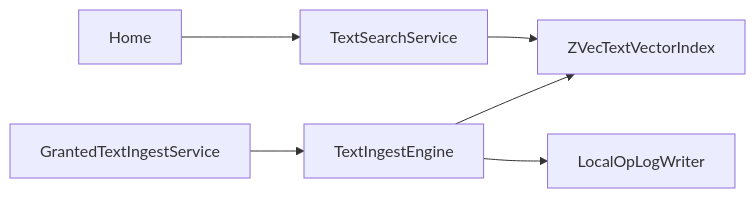
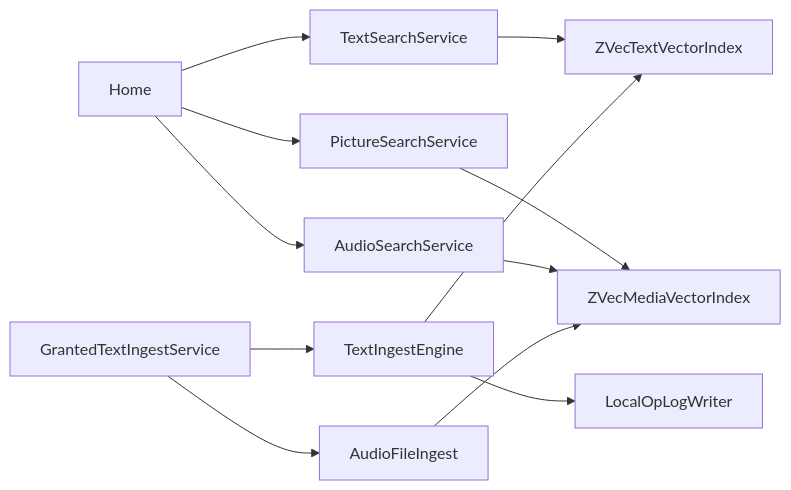
The diagram in docs/architecture/relations.md (ahmedSamir50/Recall), drawn with Mermaid before and after one commit. The commit also changed other lines of this file and 34 other files, not shown here.

````diff
--- a/docs/architecture/relations.md
+++ b/docs/architecture/relations.md
@@ -7,8 +13,14 @@
 ```mermaid
 flowchart LR
   Home --> TextSearchService
+  Home --> PictureSearchService
+  Home --> AudioSearchService
   TextSearchService --> ZVecTextVectorIndex
+  PictureSearchService --> ZVecMediaVectorIndex
+  AudioSearchService --> ZVecMediaVectorIndex
   GrantedTextIngestService --> TextIngestEngine
+  GrantedTextIngestService --> AudioFileIngest
   TextIngestEngine --> ZVecTextVectorIndex
+  AudioFileIngest --> ZVecMediaVectorIndex
   TextIngestEngine --> LocalOpLogWriter
 ```
````
